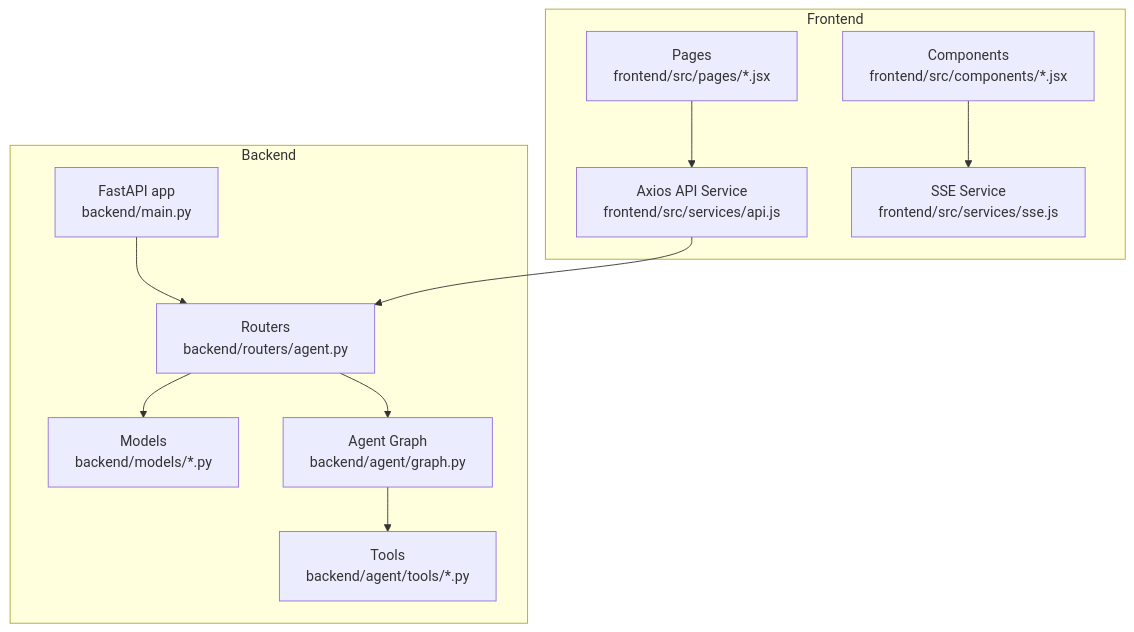
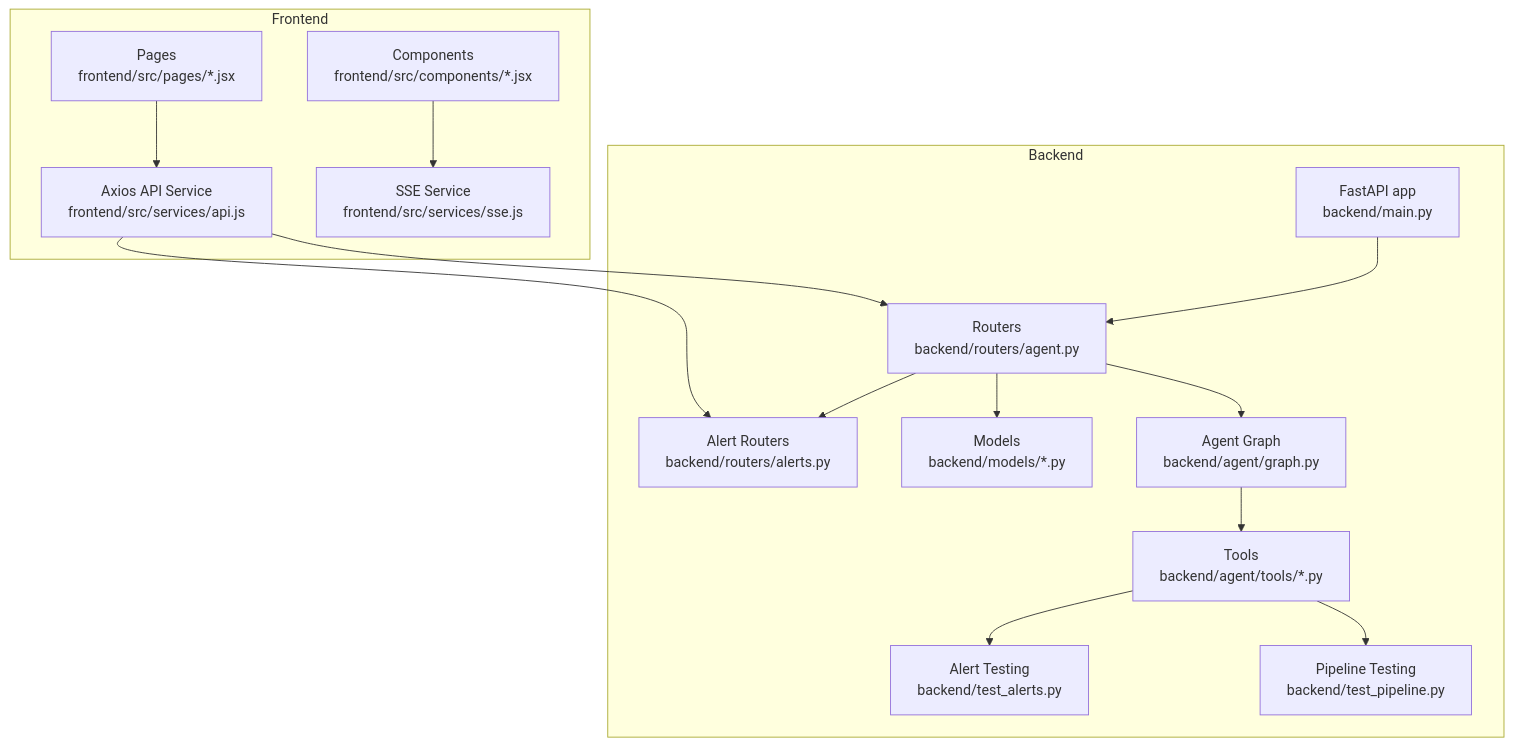
The first of 8 diagrams in .qoder/repowiki/en/content/Development Guidelines/Testing Strategies and Quality Assurance.md (ishwarambare/ishwarambare-app), drawn with Mermaid before and after one commit. The commit also changed other lines of this file and 4 other files, not shown here.

First line of the commit message:
test(alerts): add comprehensive testing framework for alert delivery and pipeline

````diff
--- a/.qoder/repowiki/en/content/Development Guidelines/Testing Strategies and Quality Assurance.md
+++ b/.qoder/repowiki/en/content/Development Guidelines/Testing Strategies and Quality Assurance.md
@@ -42,23 +58,30 @@
 ```mermaid
 graph TB
 subgraph "Backend"
 A["FastAPI app<br/>backend/main.py"]
 B["Routers<br/>backend/routers/agent.py"]
-C["Models<br/>backend/models/*.py"]
-D["Agent Graph<br/>backend/agent/graph.py"]
-E["Tools<br/>backend/agent/tools/*.py"]
+C["Alert Routers<br/>backend/routers/alerts.py"]
+D["Models<br/>backend/models/*.py"]
+E["Agent Graph<br/>backend/agent/graph.py"]
+F["Tools<br/>backend/agent/tools/*.py"]
+G["Alert Testing<br/>backend/test_alerts.py"]
+H["Pipeline Testing<br/>backend/test_pipeline.py"]
 end
 subgraph "Frontend"
-F["Axios API Service<br/>frontend/src/services/api.js"]
-G["SSE Service<br/>frontend/src/services/sse.js"]
-H["Components<br/>frontend/src/components/*.jsx"]
-I["Pages<br/>frontend/src/pages/*.jsx"]
+I["Axios API Service<br/>frontend/src/services/api.js"]
+J["SSE Service<br/>frontend/src/services/sse.js"]
+K["Components<br/>frontend/src/components/*.jsx"]
+L["Pages<br/>frontend/src/pages/*.jsx"]
 end
 A --> B
 B --> C
 B --> D
-D --> E
-H --> G
-I --> F
-F --> B
+B --> E
+E --> F
+F --> G
+F --> H
+K --> J
+L --> I
+I --> B
+I --> C
 ```
````
